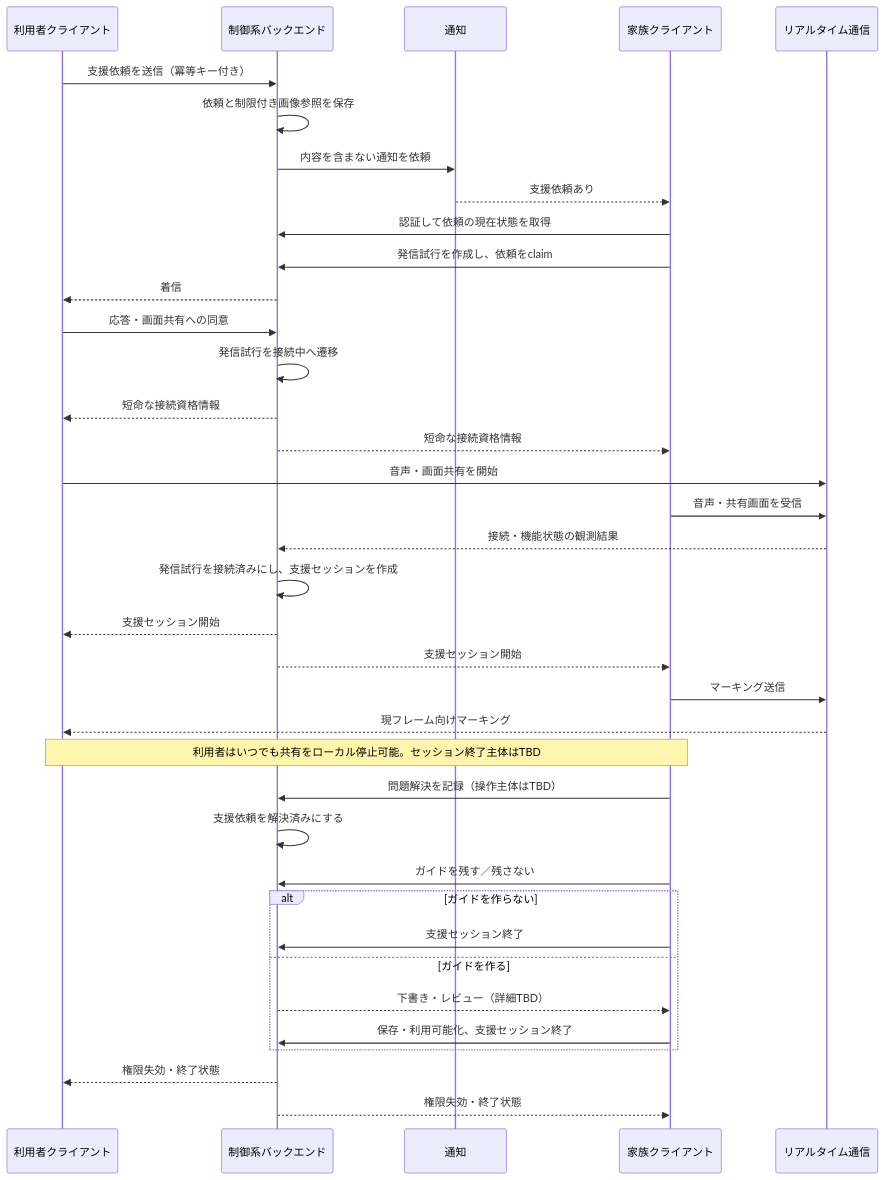
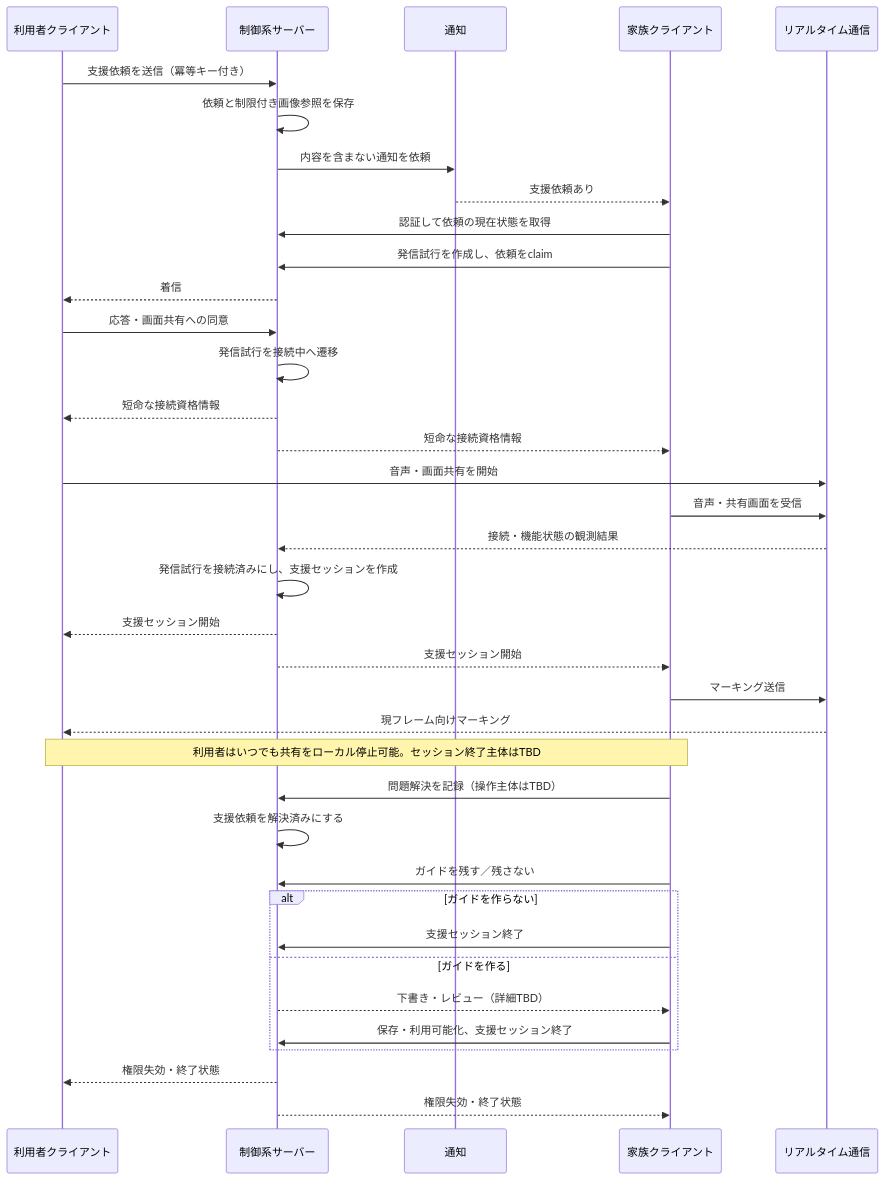
One commit to kakuraccho/mite changed the second of 2 diagrams in docs/tech-specification.md. Above: the diagram before and after it, drawn with Mermaid. The commit also changed other lines of this file and 12 other files, not shown here.

````diff
--- a/docs/tech-specification.md
+++ b/docs/tech-specification.md
@@ -169,40 +169,40 @@
 ```mermaid
 sequenceDiagram
     participant U as 利用者クライアント
-    participant B as 制御系バックエンド
+    participant B as 制御系サーバー
     participant N as 通知
     participant F as 家族クライアント
     participant R as リアルタイム通信
 
     U->>B: 支援依頼を送信（冪等キー付き）
     B->>B: 依頼と制限付き画像参照を保存
     B->>N: 内容を含まない通知を依頼
     N-->>F: 支援依頼あり
     F->>B: 認証して依頼の現在状態を取得
     F->>B: 発信試行を作成し、依頼をclaim
     B-->>U: 着信
     U->>B: 応答・画面共有への同意
     B->>B: 発信試行を接続中へ遷移
     B-->>U: 短命な接続資格情報
     B-->>F: 短命な接続資格情報
     U->>R: 音声・画面共有を開始
     F->>R: 音声・共有画面を受信
     R-->>B: 接続・機能状態の観測結果
     B->>B: 発信試行を接続済みにし、支援セッションを作成
     B-->>U: 支援セッション開始
     B-->>F: 支援セッション開始
     F->>R: マーキング送信
     R-->>U: 現フレーム向けマーキング
     Note over U,F: 利用者はいつでも共有をローカル停止可能。セッション終了主体はTBD
     F->>B: 問題解決を記録（操作主体はTBD）
     B->>B: 支援依頼を解決済みにする
     F->>B: ガイドを残す／残さない
     alt ガイドを作らない
         F->>B: 支援セッション終了
     else ガイドを作る
         B-->>F: 下書き・レビュー（詳細TBD）
         F->>B: 保存・利用可能化、支援セッション終了
     end
     B-->>U: 権限失効・終了状態
     B-->>F: 権限失効・終了状態
 ```
````
